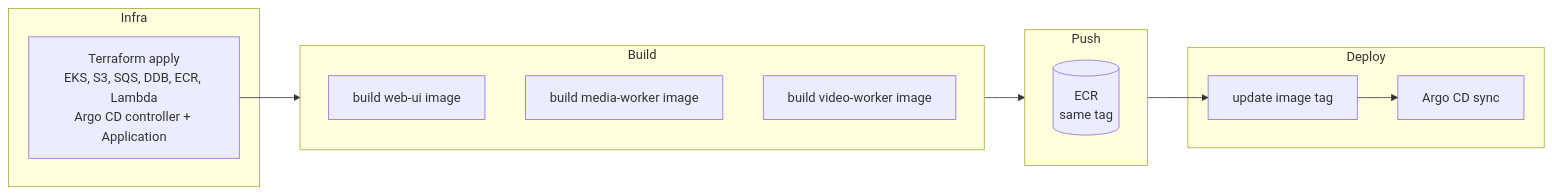
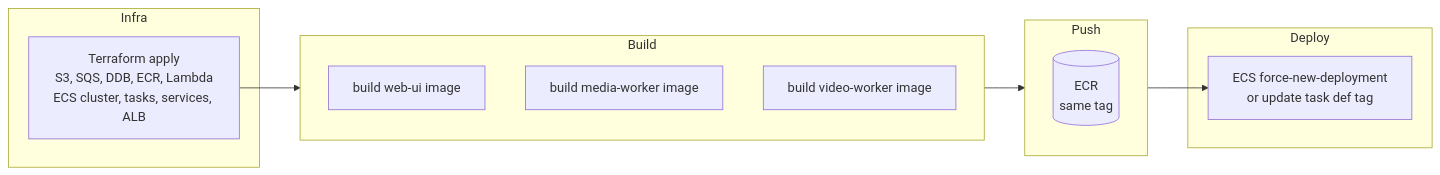
One commit to alexpialetski/stereo-spot changed the seventh of 7 diagrams in ARCHITECTURE.md. Above: the diagram before and after it, drawn with Mermaid. The commit also changed other lines of this file and 41 other files, not shown here.

First line of the commit message:
feat(infra): migrate compute from EKS to ECS and add deploy targets

````diff
--- a/ARCHITECTURE.md
+++ b/ARCHITECTURE.md
@@ -293,23 +287,21 @@
 ```mermaid
 flowchart LR
     subgraph Infra["Infra"]
-        Tf[Terraform apply\nEKS, S3, SQS, DDB, ECR, Lambda\nArgo CD controller + Application]
+        Tf[Terraform apply\nS3, SQS, DDB, ECR, Lambda\nECS cluster, tasks, services, ALB]
     end
     subgraph Build["Build"]
         B1[build web-ui image]
         B2[build media-worker image]
         B3[build video-worker image]
     end
     subgraph Push["Push"]
         ECR[(ECR\nsame tag)]
     end
     subgraph Deploy["Deploy"]
-        Tag[update image tag]
-        Argo[Argo CD sync]
+        Update[ECS force-new-deployment\nor update task def tag]
     end
 
     Tf --> Build
     Build --> Push
-    Push --> Tag
-    Tag --> Argo
+    Push --> Update
 ```
````
